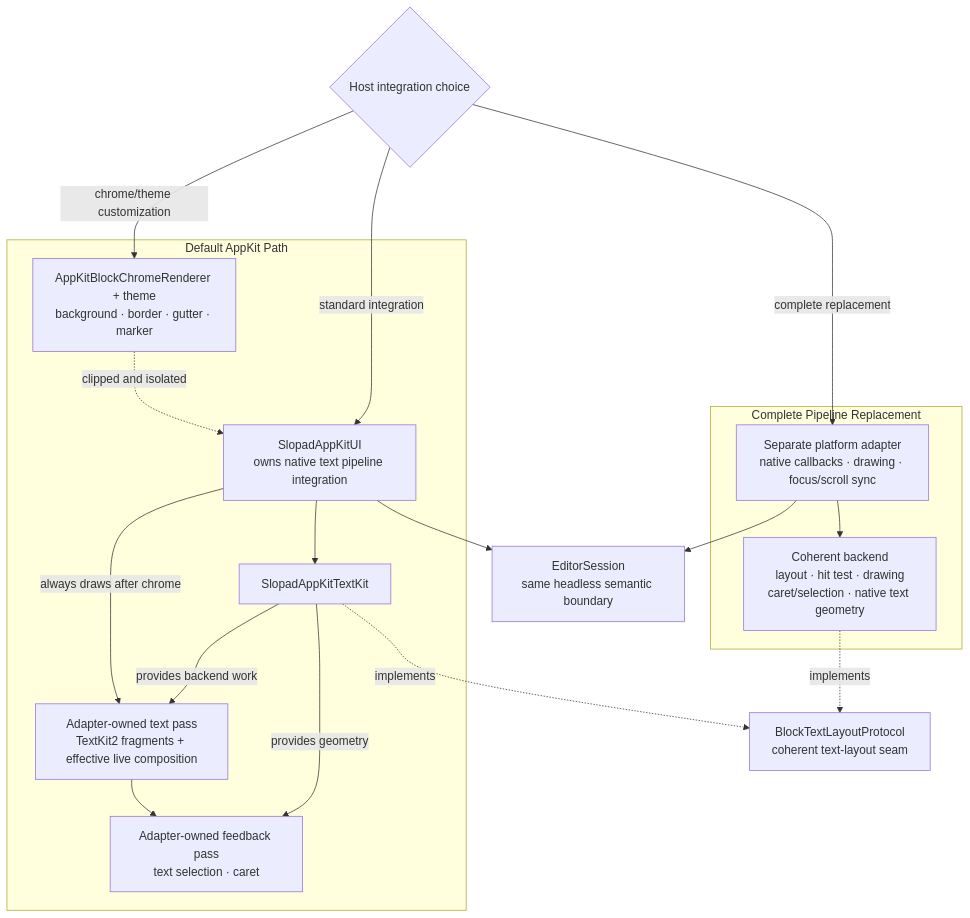
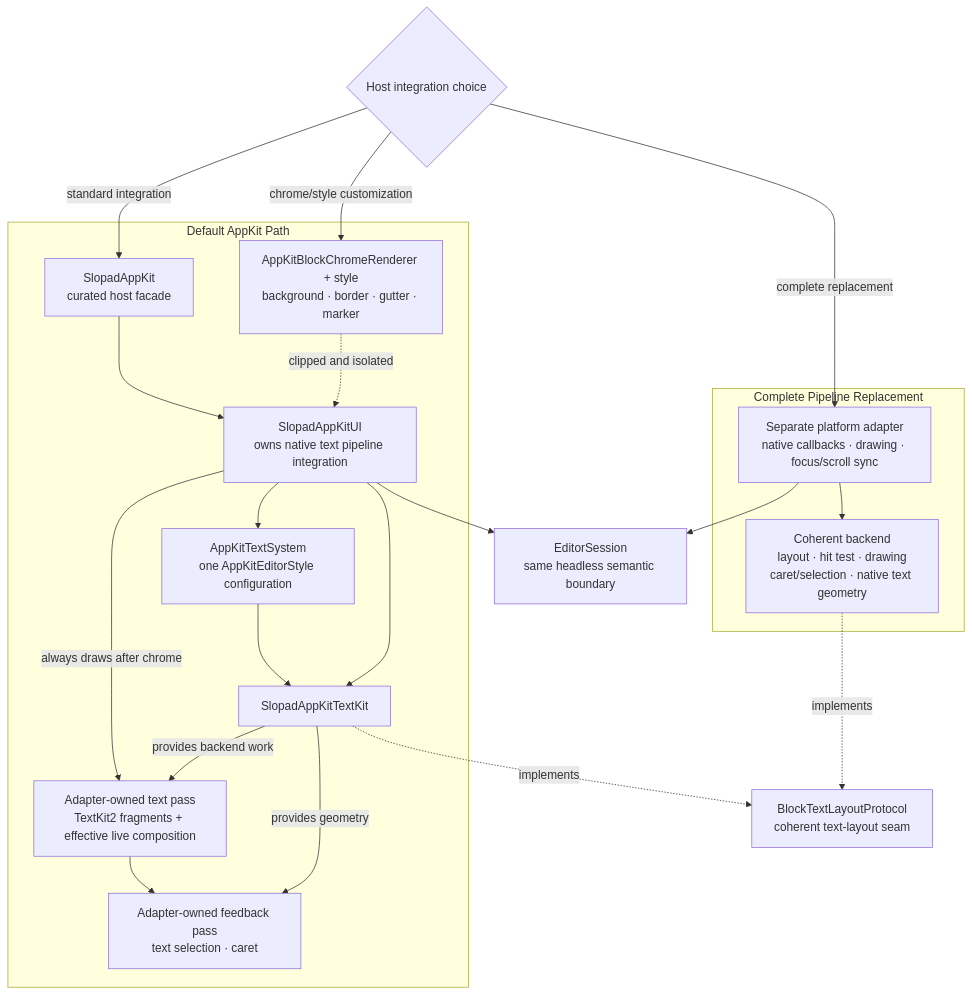
Before and after one commit to hot666666/Slopad: the third of 3 diagrams in docs/ARCHITECTURE.md, drawn with Mermaid. The commit also changed other lines of this file and 18 other files, not shown here.

Commit message:
[Public API] Add AppKit platform facade

````diff
--- a/docs/ARCHITECTURE.md
+++ b/docs/ARCHITECTURE.md
@@ -127,36 +158,41 @@
 ```mermaid
 flowchart TB
     Host{"Host integration choice"}
     Session["EditorSession<br/>same headless semantic boundary"]
     Seam["BlockTextLayoutProtocol<br/>coherent text-layout seam"]
 
     subgraph Default["Default AppKit Path"]
+        AppKit["SlopadAppKit<br/>curated host facade"]
         AppKitUI["SlopadAppKitUI<br/>owns native text pipeline integration"]
-        Chrome["AppKitBlockChromeRenderer + theme<br/>background · border · gutter · marker"]
+        TextSystem["AppKitTextSystem<br/>one AppKitEditorStyle configuration"]
+        Chrome["AppKitBlockChromeRenderer + style<br/>background · border · gutter · marker"]
         FragmentPass["Adapter-owned text pass<br/>TextKit2 fragments + effective live composition"]
         FeedbackPass["Adapter-owned feedback pass<br/>text selection · caret"]
         AppKitTextKit["SlopadAppKitTextKit"]
 
+        AppKit --> AppKitUI
+        AppKitUI --> TextSystem
+        TextSystem --> AppKitTextKit
         Chrome -.->|"clipped and isolated"| AppKitUI
         AppKitUI -->|"always draws after chrome"| FragmentPass
         FragmentPass --> FeedbackPass
         AppKitUI --> AppKitTextKit
         AppKitTextKit -->|"provides backend work"| FragmentPass
         AppKitTextKit -->|"provides geometry"| FeedbackPass
     end
 
     subgraph Replacement["Complete Pipeline Replacement"]
         CustomAdapter["Separate platform adapter<br/>native callbacks · drawing · focus/scroll sync"]
         CustomBackend["Coherent backend<br/>layout · hit test · drawing<br/>caret/selection · native text geometry"]
     end
 
-    Host -->|"standard integration"| AppKitUI
-    Host -->|"chrome/theme customization"| Chrome
+    Host -->|"standard integration"| AppKit
+    Host -->|"chrome/style customization"| Chrome
     AppKitUI --> Session
     AppKitTextKit -.->|"implements"| Seam
 
     Host -->|"complete replacement"| CustomAdapter
     CustomAdapter --> Session
     CustomAdapter --> CustomBackend
     CustomBackend -.->|"implements"| Seam
 ```
````
